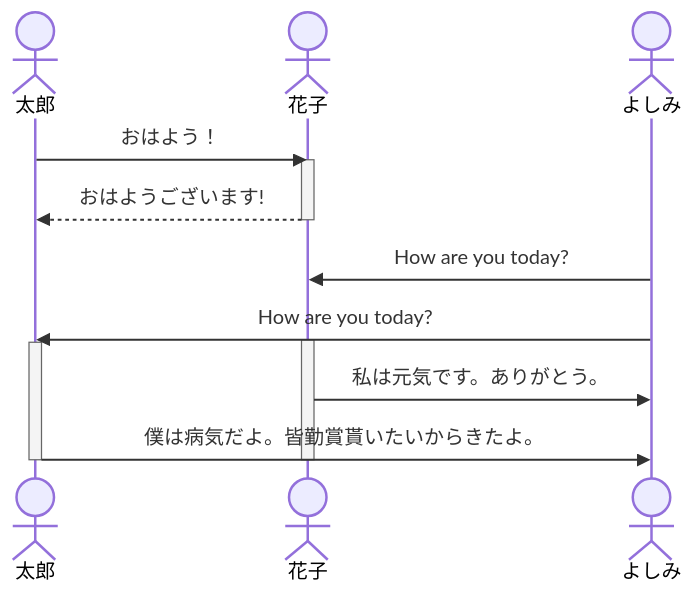
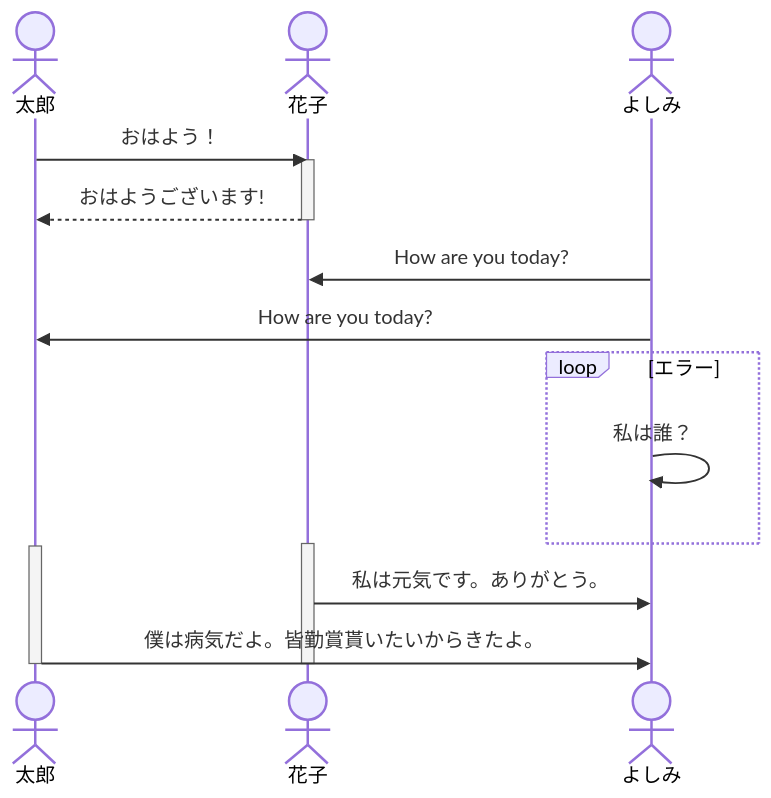
One commit to tpu-game-2023/mermaid_test changed the second of 3 diagrams in README.md. Above: the diagram before and after it, drawn with Mermaid.

````diff
--- a/README.md
+++ b/README.md
@@ -38,18 +38,21 @@
 ```mermaid
 sequenceDiagram
     actor 太郎
     actor 花子
     actor よしみ
     太郎->>花子: おはよう！
     activate 花子
     花子-->>太郎: おはようございます!
     deactivate 花子
     よしみ->>花子 :How are you today?
     よしみ->>太郎 :How are you today?
+    loop エラー
+    よしみ->>よしみ:私は誰？
+    end
     activate　花子
     activate　太郎
     花子->>よしみ:私は元気です。ありがとう。
     太郎->>よしみ:僕は病気だよ。皆勤賞貰いたいからきたよ。
     deactivate　花子
     deactivate　太郎
 ```
````
